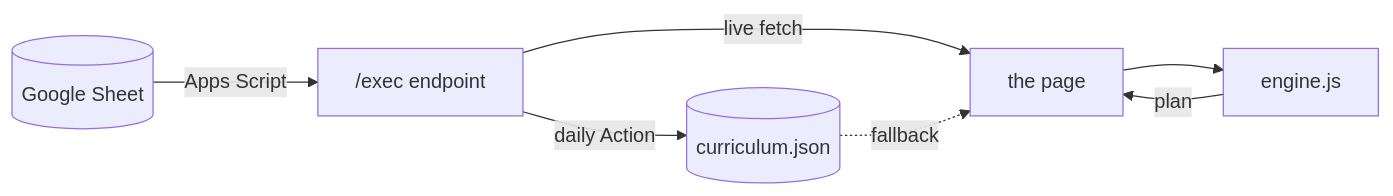
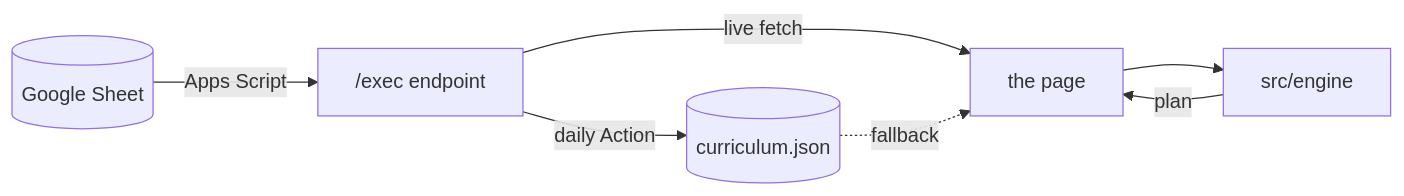
Before and after one commit to RuvaS20/crosswalk: the first of 2 diagrams in README.md, drawn with Mermaid. The commit also changed other lines of this file and 7 other files, not shown here.

First line of the commit message:
Split engine.js into src/engine: index, filter, schedule

````diff
--- a/README.md
+++ b/README.md
@@ -34,9 +34,9 @@
 ```mermaid
 flowchart LR
   S[("Google Sheet")] -->|"Apps Script"| A["/exec endpoint"]
   A -->|"live fetch"| U["the page"]
   A -->|"daily Action"| J[("curriculum.json")]
   J -.->|"fallback"| U
-  U --> E["engine.js"]
+  U --> E["src/engine"]
   E -->|"plan"| U
 ```
````
